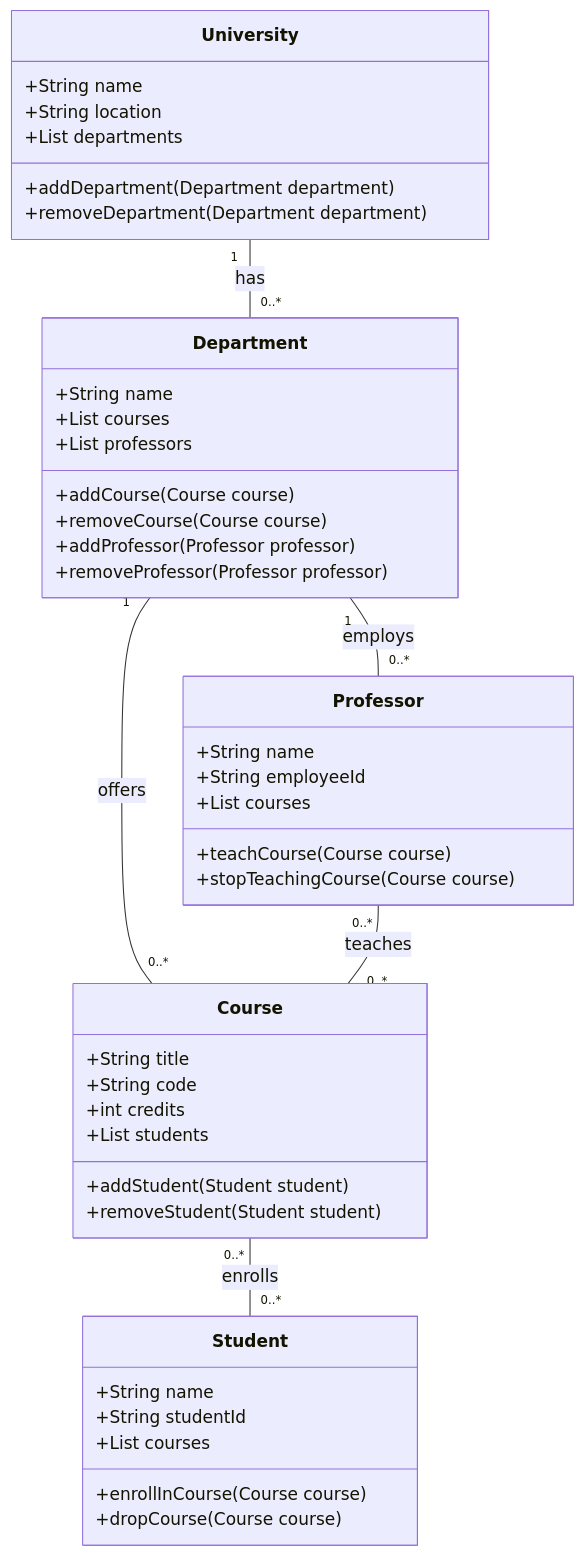
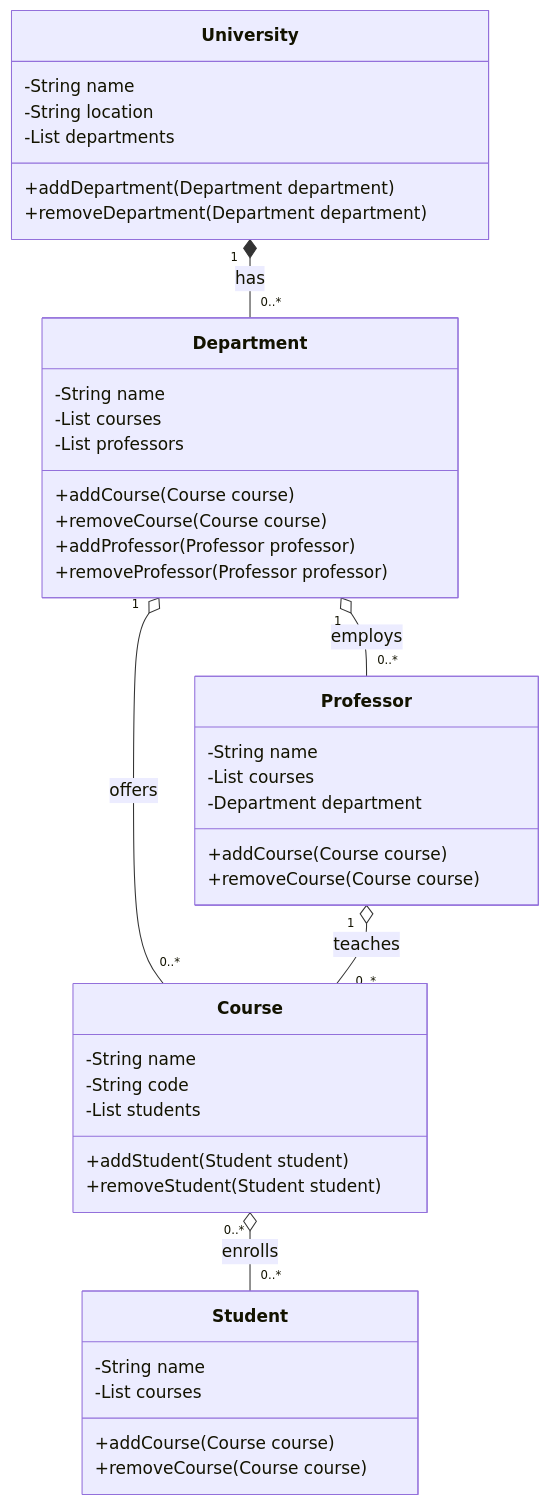
One commit to RicardoAffonso0607/my-API changed the diagram in README.md. Above: the diagram before and after it, drawn with Mermaid. The commit also changed 5 other files, not shown here.

````diff
--- a/README.md
+++ b/README.md
@@ -7,51 +7,49 @@
 ```mermaid
 classDiagram
     class University {
-        +String name
-        +String location
-        +List<Department> departments
+        -String name
+        -String location
+        -List<Department> departments
         +addDepartment(Department department)
         +removeDepartment(Department department)
     }
 
     class Department {
-        +String name
-        +List<Course> courses
-        +List<Professor> professors
+        -String name
+        -List<Course> courses
+        -List<Professor> professors
         +addCourse(Course course)
         +removeCourse(Course course)
         +addProfessor(Professor professor)
         +removeProfessor(Professor professor)
     }
 
     class Course {
-        +String title
-        +String code
-        +int credits
-        +List<Student> students
+        -String name
+        -String code
+        -List<Student> students
         +addStudent(Student student)
         +removeStudent(Student student)
     }
 
     class Student {
-        +String name
-        +String studentId
-        +List<Course> courses
-        +enrollInCourse(Course course)
-        +dropCourse(Course course)
+        -String name
+        -List<Course> courses
+        +addCourse(Course course)
+        +removeCourse(Course course)
     }
 
     class Professor {
-        +String name
-        +String employeeId
-        +List<Course> courses
-        +teachCourse(Course course)
-        +stopTeachingCourse(Course course)
+        -String name
+        -List<Course> courses
+        -Department department
+        +addCourse(Course course)
+        +removeCourse(Course course)
     }
 
-    University "1" -- "0..*" Department : has
-    Department "1" -- "0..*" Course : offers
-    Course "0..*" -- "0..*" Student : enrolls
-    Department "1" -- "0..*" Professor : employs
-    Professor "0..*" -- "0..*" Course : teaches
+    University "1" *-- "0..*" Department : has
+    Department "1" o-- "0..*" Course : offers
+    Department "1" o-- "0..*" Professor : employs
+    Course "0..*" o-- "0..*" Student : enrolls
+    Professor "1" o-- "0..*" Course : teaches
 ```
````
